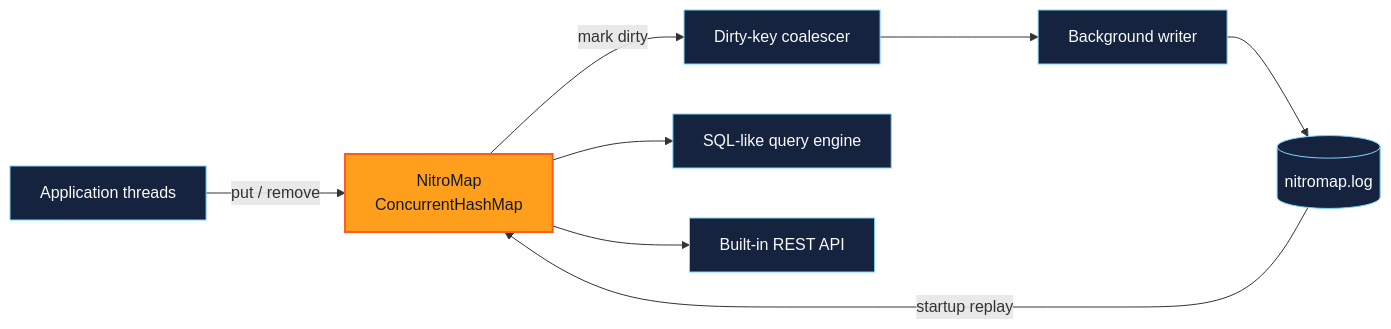
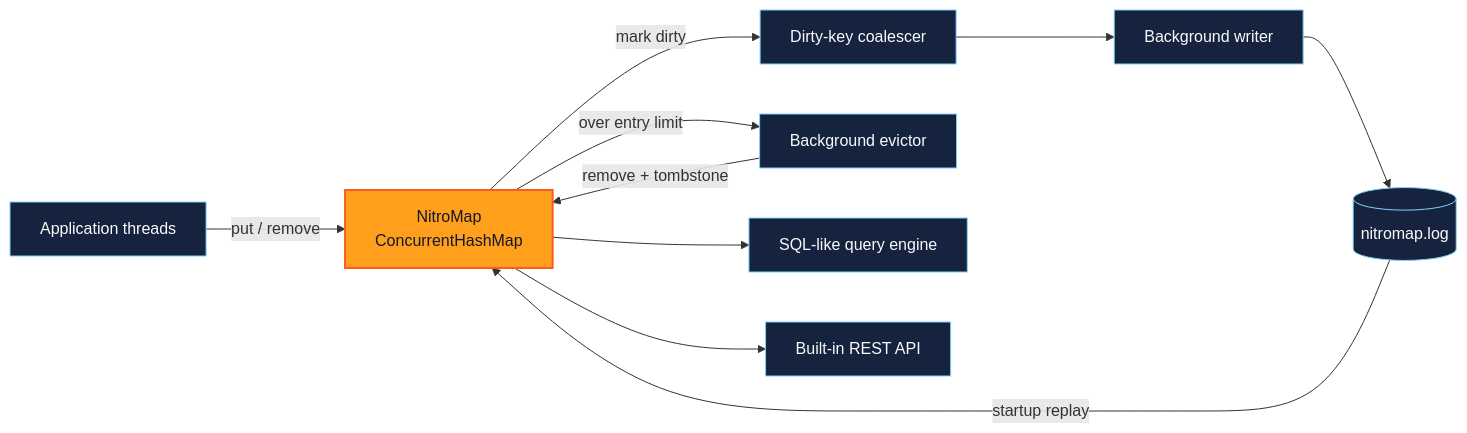
One commit to KirstenAli/nitromap changed the diagram in README.md. Above: the diagram before and after it, drawn with Mermaid. The commit also changed other lines of this file and 4 other files, not shown here.

Commit message:
feat: add background entry eviction

````diff
--- a/README.md
+++ b/README.md
@@ -63,15 +65,17 @@
 ```mermaid
 flowchart LR
     A["Application threads"] -->|"put / remove"| B["NitroMap<br/>ConcurrentHashMap"]
     B -->|"mark dirty"| C["Dirty-key coalescer"]
     C --> D["Background writer"]
     D --> E[("nitromap.log")]
     E -->|"startup replay"| B
+    B -->|"over entry limit"| V["Background evictor"]
+    V -->|"remove + tombstone"| B
     B --> Q["SQL-like query engine"]
     B --> H["Built-in REST API"]
 
     classDef hot fill:#ff9f1c,color:#111827,stroke:#ff5a1f,stroke-width:2px;
     classDef service fill:#16233f,color:#f8fafc,stroke:#7dd3fc,stroke-width:1px;
     class B hot;
-    class A,C,D,E,Q,H service;
+    class A,C,D,E,V,Q,H service;
 ```
````
